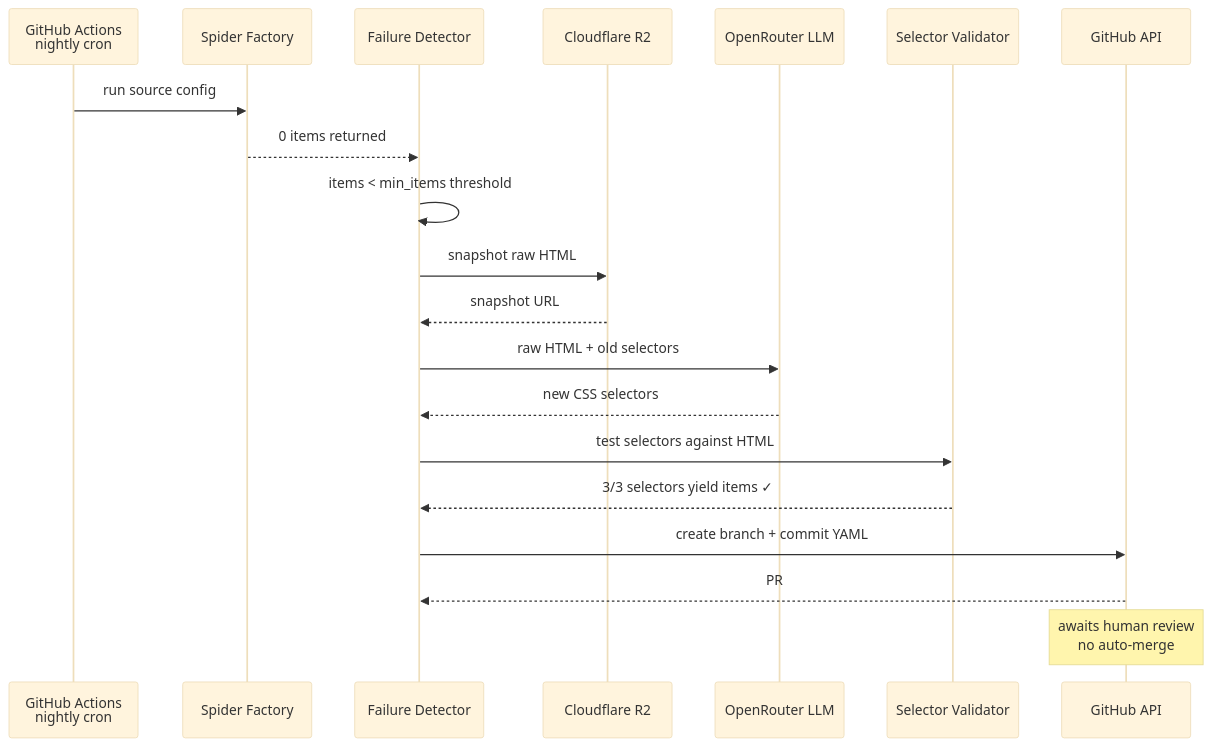
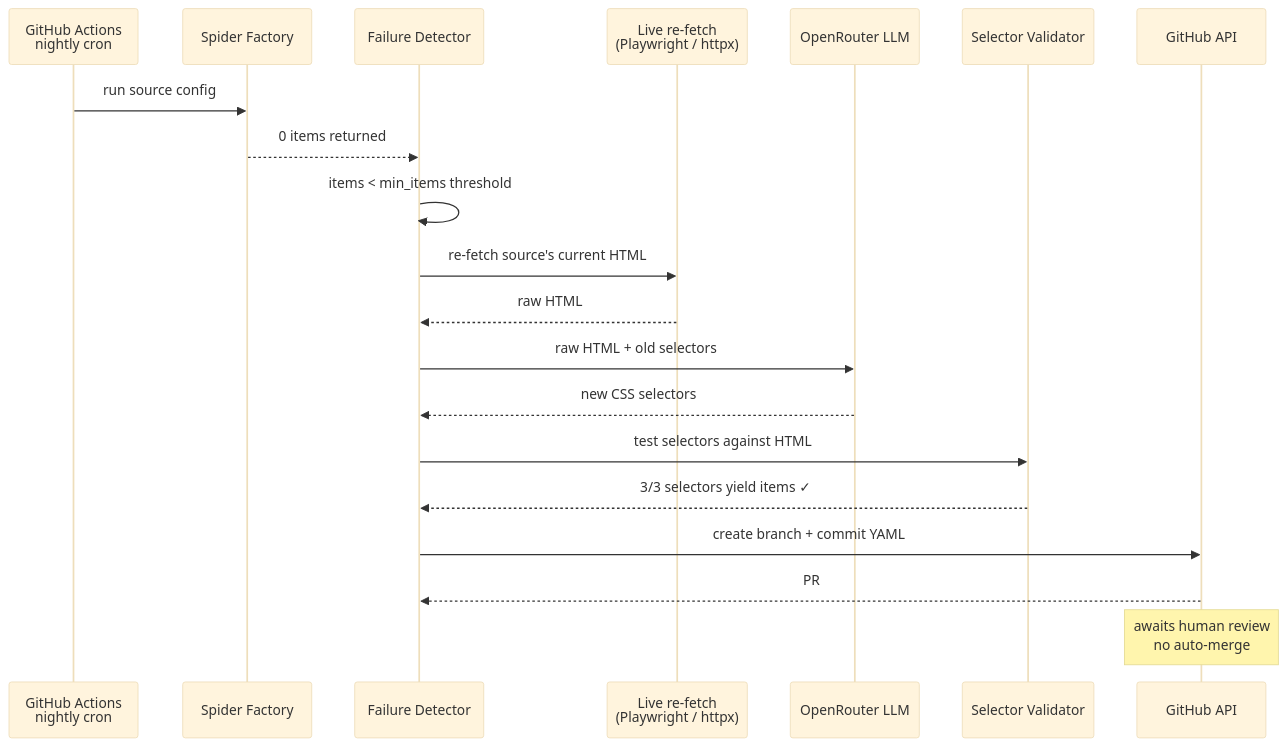
Before and after one commit to Abdul-Muizz1310/magpie-backend: the first of 4 diagrams in README.md, drawn with Mermaid (base theme). The commit also changed other lines of this file and 1 other file, not shown here.

First line of the commit message:
docs: scope R2 snapshot archiving as future; document the real heal source

````diff
--- a/README.md
+++ b/README.md
@@ -73,23 +72,23 @@
 ```mermaid
 sequenceDiagram
     participant Cron as GitHub Actions<br/>nightly cron
     participant Spider as Spider Factory
     participant Detect as Failure Detector
-    participant R2 as Cloudflare R2
+    participant Fetch as Live re-fetch<br/>(Playwright / httpx)
     participant LLM as OpenRouter LLM
     participant Valid as Selector Validator
     participant GH as GitHub API
 
     Cron->>Spider: run source config
     Spider-->>Detect: 0 items returned
     Detect->>Detect: items < min_items threshold
-    Detect->>R2: snapshot raw HTML
-    R2-->>Detect: snapshot URL
+    Detect->>Fetch: re-fetch source's current HTML
+    Fetch-->>Detect: raw HTML
     Detect->>LLM: raw HTML + old selectors
     LLM-->>Detect: new CSS selectors
     Detect->>Valid: test selectors against HTML
     Valid-->>Detect: 3/3 selectors yield items ✓
     Detect->>GH: create branch + commit YAML
     GH-->>Detect: PR #42 (label: scrape:self-heal)
     Note over GH: awaits human review<br/>no auto-merge
 ```
````
